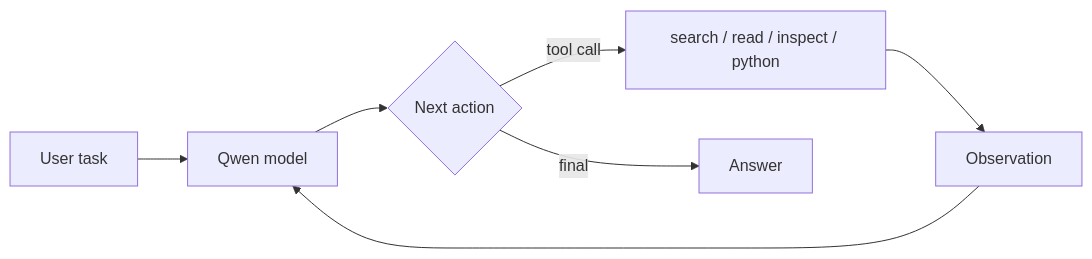
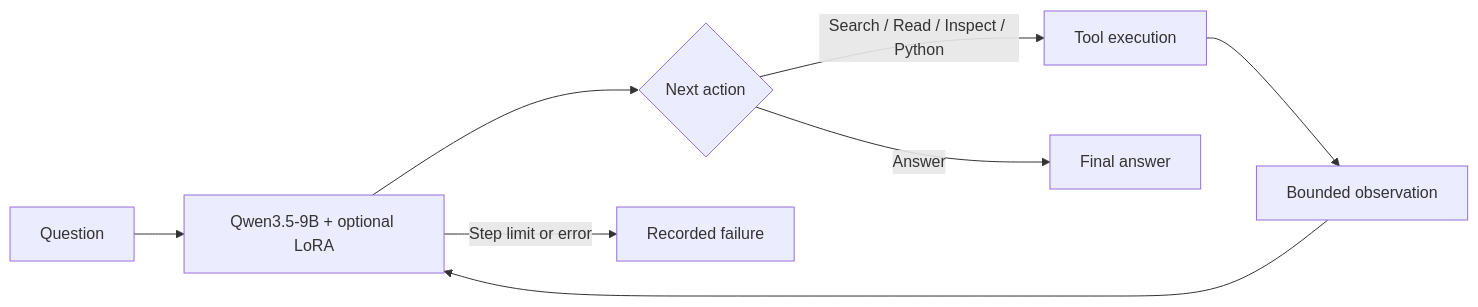
One commit to kolihhan/small-agent-qlora changed the diagram in README.md. Above: the diagram before and after it, drawn with Mermaid. The commit also changed other lines of this file, not shown here.

````diff
--- a/README.md
+++ b/README.md
@@ -59,9 +49,10 @@
-```mermaid
+~~~mermaid
 flowchart LR
-    U[User task] --> M[Qwen model]
-    M --> A{Next action}
-    A -->|tool call| T[search / read / inspect / python]
-    T --> O[Observation]
+    Q[Question] --> M[Qwen3.5-9B + optional LoRA]
+    M --> D{Next action}
+    D -->|Search / Read / Inspect / Python| T[Tool execution]
+    T --> O[Bounded observation]
     O --> M
-    A -->|final| F[Answer]
-```
+    D -->|Answer| F[Final answer]
+    M -->|Step limit or error| E[Recorded failure]
+~~~
````
